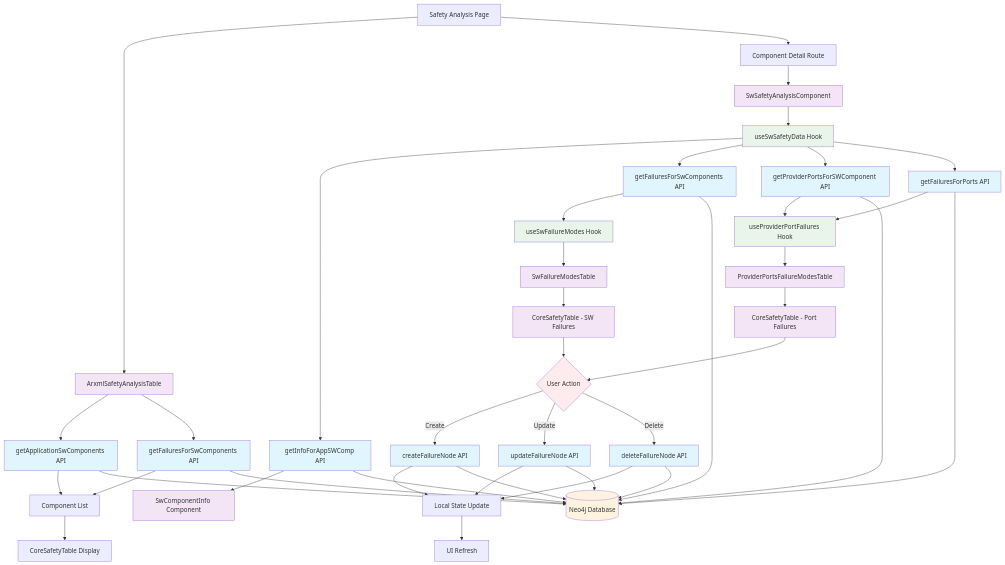
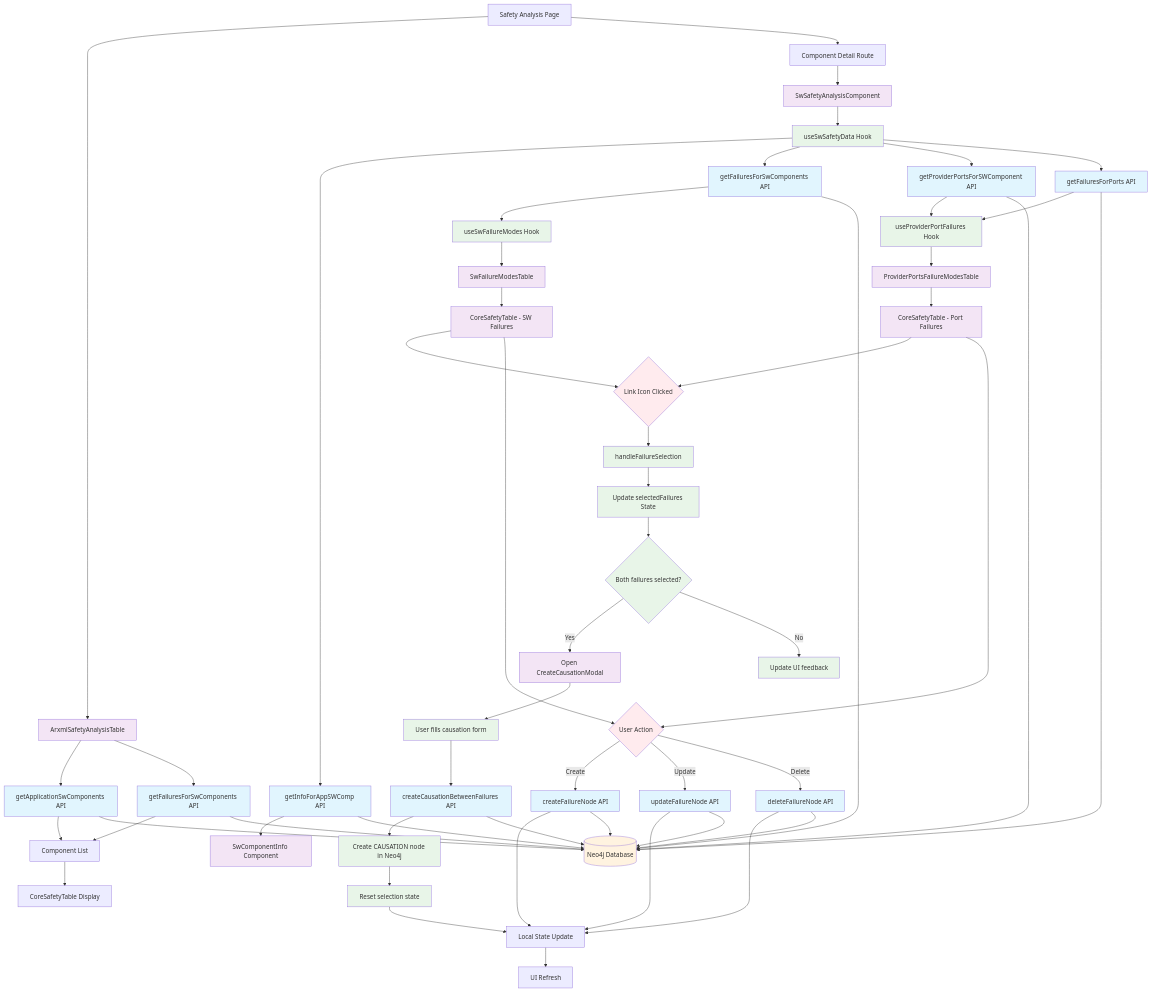
The second of 2 diagrams in app/arxml-safety/arxml-safety-info.md (cntSafety/fsGaze), drawn with Mermaid before and after one commit. The commit also changed other lines of this file and 8 other files, not shown here.

````diff
--- a/app/arxml-safety/arxml-safety-info.md
+++ b/app/arxml-safety/arxml-safety-info.md
@@ -126,29 +187,46 @@
     R --> S[ProviderPortsFailureModesTable]
     S --> T[CoreSafetyTable - Port Failures]
     
+    %% 🆕 Causation Analysis Flow
+    Q --> U{Link Icon Clicked}
+    T --> U
+    U --> V[handleFailureSelection]
+    V --> W[Update selectedFailures State]
+    W --> X{Both failures selected?}
+    X -->|Yes| Y[Open CreateCausationModal]
+    X -->|No| Z[Update UI feedback]
+    
+    %% Causation Creation
+    Y --> AA[User fills causation form]
+    AA --> BB[createCausationBetweenFailures API]
+    BB --> CC[Create CAUSATION node in Neo4j]
+    CC --> DD[Reset selection state]
+    
     %% CRUD Operations Flow
-    Q --> U{User Action}
-    T --> U
-    U -->|Create| V[createFailureNode API]
-    U -->|Update| W[updateFailureNode API]
-    U -->|Delete| X[deleteFailureNode API]
+    Q --> EE{User Action}
+    T --> EE
+    EE -->|Create| FF[createFailureNode API]
+    EE -->|Update| GG[updateFailureNode API]
+    EE -->|Delete| HH[deleteFailureNode API]
     
     %% State Updates
-    V --> Y[Local State Update]
-    W --> Y
-    X --> Y
-    Y --> Z[UI Refresh]
+    FF --> II[Local State Update]
+    GG --> II
+    HH --> II
+    DD --> II
+    II --> JJ[UI Refresh]
     
     %% Database Layer
-    V --> AA[(Neo4j Database)]
-    W --> AA
-    X --> AA
-    D --> AA
-    E --> AA
-    J --> AA
-    K --> AA
-    L --> AA
-    M --> AA
+    FF --> KK[(Neo4j Database)]
+    GG --> KK
+    HH --> KK
+    BB --> KK
+    D --> KK
+    E --> KK
+    J --> KK
+    K --> KK
+    L --> KK
+    M --> KK
     
     %% Styling
     classDef apiCall fill:#e1f5fe
@@ -156,10 +234,12 @@
     classDef hook fill:#e8f5e8
     classDef database fill:#fff3e0
     classDef userAction fill:#ffebee
+    classDef causation fill:#e8f5e8
     
-    class D,E,J,K,L,M,V,W,X apiCall
-    class B,H,N,P,S,Q,T component
+    class D,E,J,K,L,M,FF,GG,HH,BB apiCall
+    class B,H,N,P,S,Q,T,Y component
     class I,O,R hook
-    class AA database
-    class U userAction
+    class KK database
+    class EE,U userAction
+    class V,W,X,Z,AA,CC,DD causation
 ```
````
